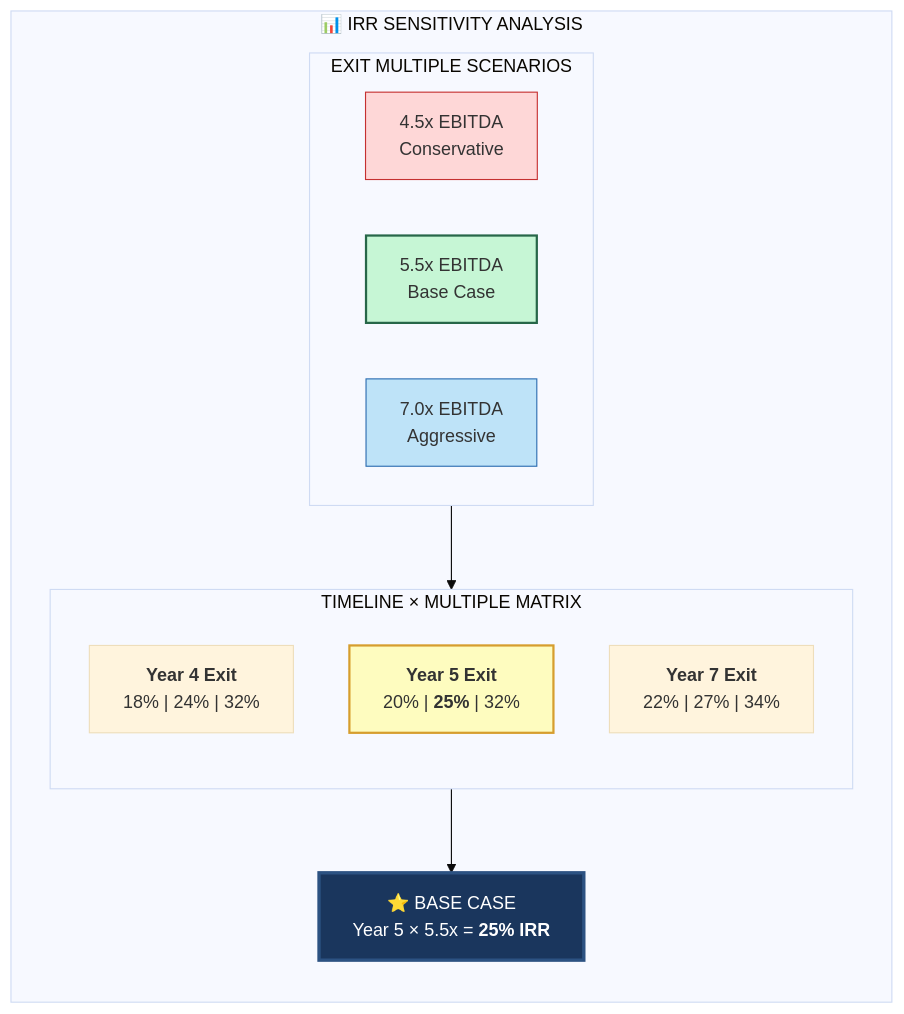
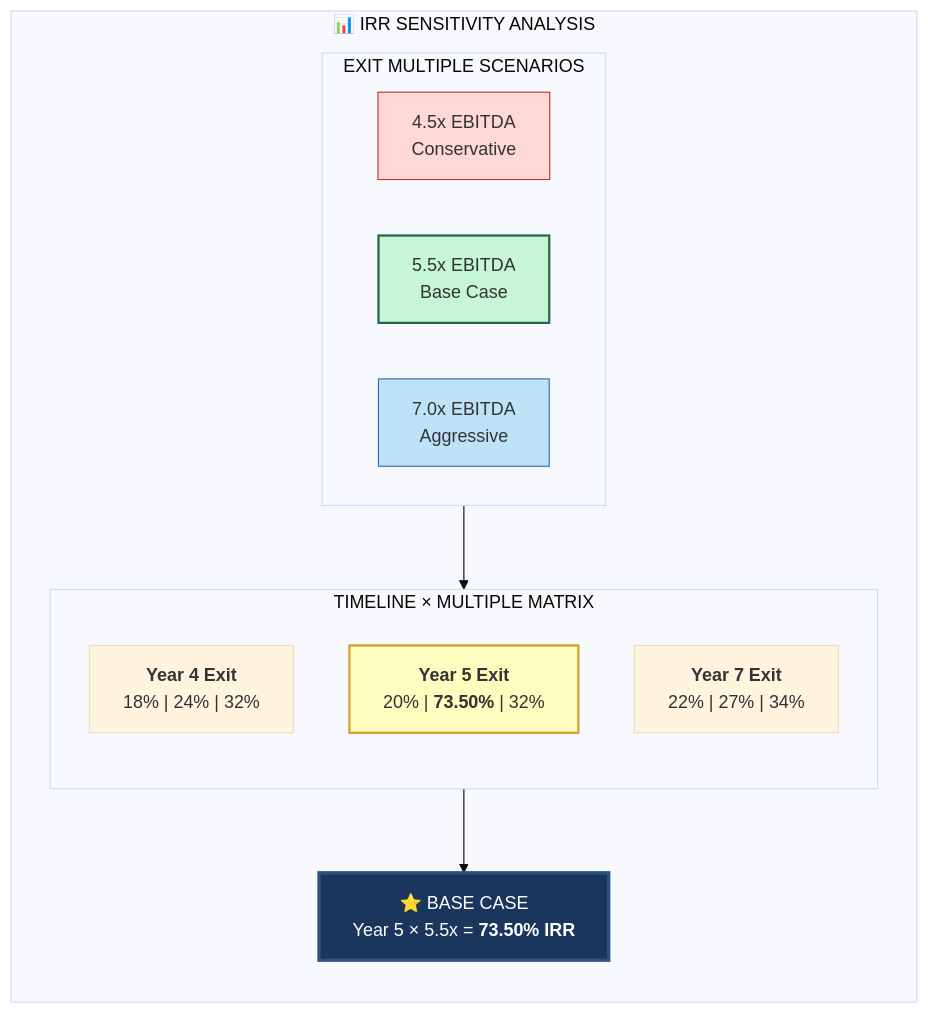
Before and after one commit to Light-Brands/epic-center: diagram 21 of 41 in docs/pitch-packet/AI_VALUATION_REPORT_VISUAL.md, drawn with Mermaid. The commit also changed other lines of this file and 54 other files, not shown here.

````diff
--- a/docs/pitch-packet/AI_VALUATION_REPORT_VISUAL.md
+++ b/docs/pitch-packet/AI_VALUATION_REPORT_VISUAL.md
@@ -972,32 +972,32 @@
 ```mermaid
 %%{init: {'theme': 'base'}}%%
 flowchart TB
     subgraph SENSITIVITY["📊 IRR SENSITIVITY ANALYSIS"]
         direction TB
 
         subgraph EXITS["EXIT MULTIPLE SCENARIOS"]
             direction LR
             E45["4.5x EBITDA<br/>Conservative"]
             E55["5.5x EBITDA<br/>Base Case"]
             E70["7.0x EBITDA<br/>Aggressive"]
         end
 
         subgraph MATRIX["TIMELINE × MULTIPLE MATRIX"]
             direction TB
             Y4["<b>Year 4 Exit</b><br/>18% | 24% | 32%"]
-            Y5["<b>Year 5 Exit</b><br/>20% | <b>25%</b> | 32%"]
+            Y5["<b>Year 5 Exit</b><br/>20% | <b>73.50%</b> | 32%"]
             Y7["<b>Year 7 Exit</b><br/>22% | 27% | 34%"]
         end
 
-        BASE["⭐ BASE CASE<br/>Year 5 × 5.5x = <b>25% IRR</b>"]
+        BASE["⭐ BASE CASE<br/>Year 5 × 5.5x = <b>73.50% IRR</b>"]
 
         EXITS --> MATRIX
         MATRIX --> BASE
     end
 
     style E45 fill:#fed7d7,stroke:#c53030
     style E55 fill:#c6f6d5,stroke:#276749,stroke-width:2px
     style E70 fill:#bee3f8,stroke:#2b6cb0
     style Y5 fill:#fefcbf,stroke:#d69e2e,stroke-width:2px
     style BASE fill:#1a365d,stroke:#2c5282,stroke-width:3px,color:#fff
 ```
````
